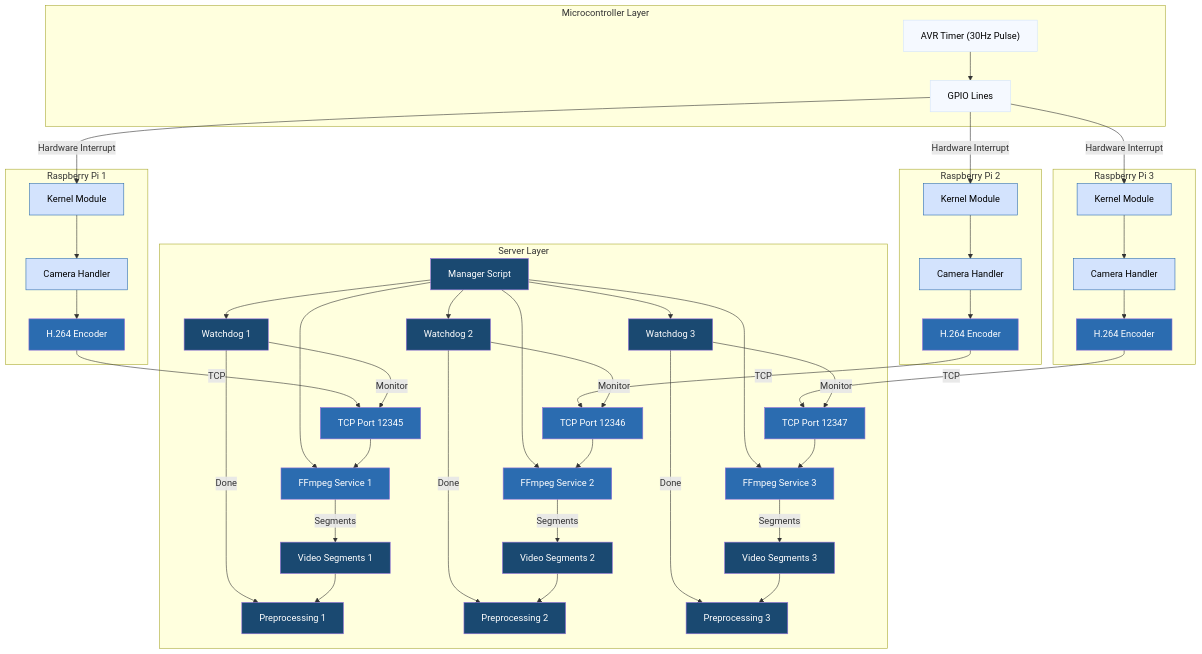
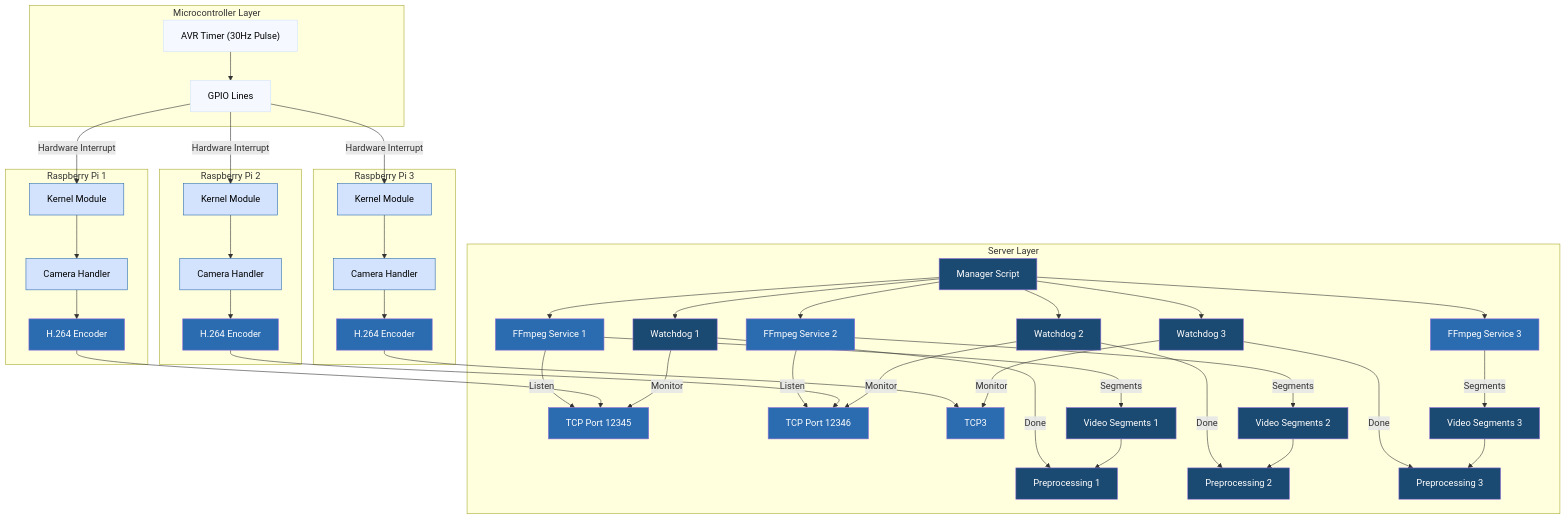
One commit to AlecFessler/mocap-toolkit changed the diagram in README.md. Above: the diagram before and after it, drawn with Mermaid. The commit also changed other lines of this file, not shown here.

Commit message:
updated server pipeline section in readme to reflect recent design change

````diff
--- a/README.md
+++ b/README.md
@@ -7,62 +7,61 @@
 ```mermaid
 flowchart TD
     classDef lightClass fill:#f5f9ff,color:black,stroke:#d3e3fd
     classDef medClass fill:#d3e3fd,color:black,stroke:#2b6cb0
     classDef darkClass fill:#2b6cb0,color:white
     classDef serverClass fill:#1a4971,color:white
 
     subgraph MCU["Microcontroller Layer"]
         AVR["AVR Timer (30Hz Pulse)"]
         GPIO["GPIO Lines"]
         AVR --> GPIO
     end
 
     GPIO --> |"Hardware Interrupt"| KM1 & KM2 & KM3
 
     subgraph RPi1["Raspberry Pi 1"]
         KM1["Kernel Module"] --> Cap1["Camera Handler"] --> Enc1["H.264 Encoder"]
     end
 
     subgraph RPi2["Raspberry Pi 2"]
         KM2["Kernel Module"] --> Cap2["Camera Handler"] --> Enc2["H.264 Encoder"]
     end
 
     subgraph RPi3["Raspberry Pi 3"]
         KM3["Kernel Module"] --> Cap3["Camera Handler"] --> Enc3["H.264 Encoder"]
     end
 
     subgraph Server["Server Layer"]
         Mgr["Manager Script"]
         Mgr --> FF1["FFmpeg Service 1"] & FF2["FFmpeg Service 2"] & FF3["FFmpeg Service 3"]
         Mgr --> WD1["Watchdog 1"] & WD2["Watchdog 2"] & WD3["Watchdog 3"]
 
-        Enc1 --> |"TCP"| TCP1["TCP Port 12345"]
-        Enc2 --> |"TCP"| TCP2["TCP Port 12346"]
-        Enc3 --> |"TCP"| TCP3["TCP Port 12347"]
+        FF1 --> |"Listen"| TCP1["TCP Port 12345"]
+        FF2 --> |"Listen"| TCP2["TCP Port 12346"]
 
-        TCP1 --> FF1
-        TCP2 --> FF2
-        TCP3 --> FF3
+        Enc1 --> TCP1
+        Enc2 --> TCP2
+        Enc3 --> TCP3
 
         FF1 --> |"Segments"| Seg1["Video Segments 1"]
         FF2 --> |"Segments"| Seg2["Video Segments 2"]
         FF3 --> |"Segments"| Seg3["Video Segments 3"]
 
         WD1 --> |"Monitor"| TCP1
         WD2 --> |"Monitor"| TCP2
         WD3 --> |"Monitor"| TCP3
 
         WD1 --> |"Done"| Pre1["Preprocessing 1"]
         WD2 --> |"Done"| Pre2["Preprocessing 2"]
         WD3 --> |"Done"| Pre3["Preprocessing 3"]
 
         Seg1 --> Pre1
         Seg2 --> Pre2
         Seg3 --> Pre3
     end
 
     class AVR,GPIO lightClass
     class KM1,KM2,KM3,Cap1,Cap2,Cap3 medClass
     class Enc1,Enc2,Enc3,FF1,FF2,FF3,TCP1,TCP2,TCP3 darkClass
     class Mgr,WD1,WD2,WD3,Pre1,Pre2,Pre3,Seg1,Seg2,Seg3 serverClass
 ```
````
